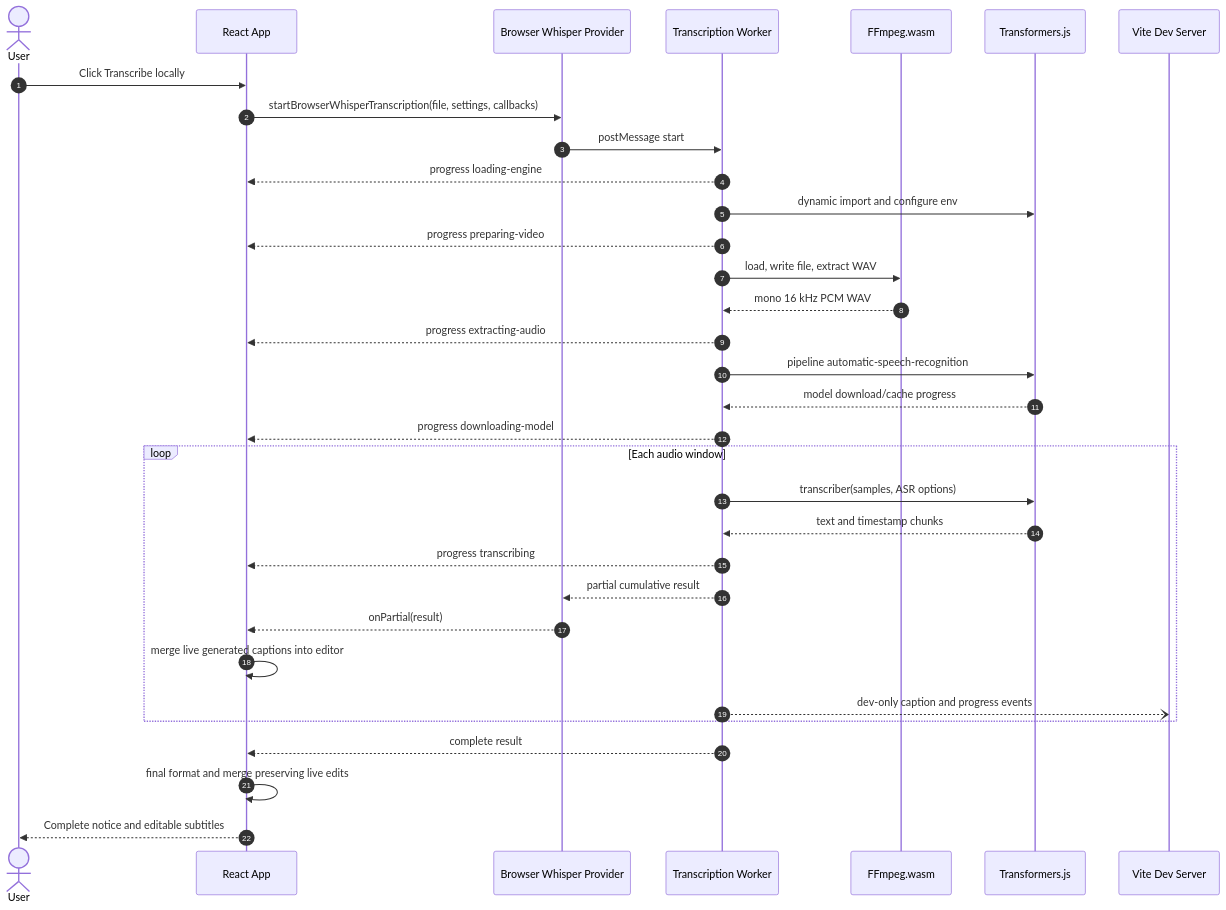
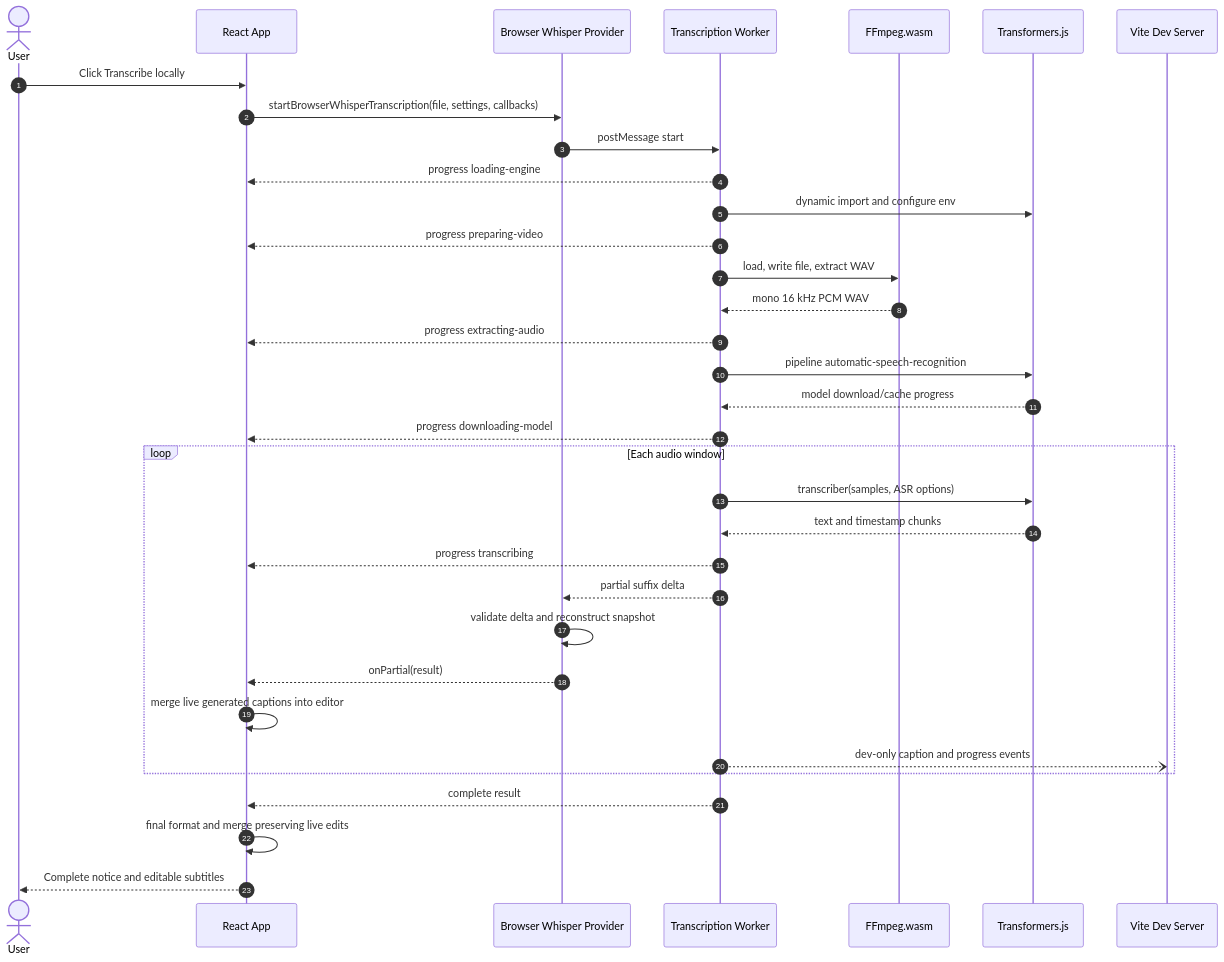
Before and after one commit to zxyandreay/auto-subtitle: the sixth of 18 diagrams in docs/project-state.md, drawn with Mermaid. The commit also changed other lines of this file and 43 other files, not shown here.

````diff
--- a/docs/project-state.md
+++ b/docs/project-state.md
@@ -337,36 +337,37 @@
 ```mermaid
 sequenceDiagram
     autonumber
     actor User
     participant App as React App
     participant Provider as Browser Whisper Provider
     participant Worker as Transcription Worker
     participant FFmpeg as FFmpeg.wasm
     participant HF as Transformers.js
     participant Vite as Vite Dev Server
 
     User->>App: Click Transcribe locally
     App->>Provider: startBrowserWhisperTranscription(file, settings, callbacks)
     Provider->>Worker: postMessage start
     Worker-->>App: progress loading-engine
     Worker->>HF: dynamic import and configure env
     Worker-->>App: progress preparing-video
     Worker->>FFmpeg: load, write file, extract WAV
     FFmpeg-->>Worker: mono 16 kHz PCM WAV
     Worker-->>App: progress extracting-audio
     Worker->>HF: pipeline automatic-speech-recognition
     HF-->>Worker: model download/cache progress
     Worker-->>App: progress downloading-model
     loop Each audio window
         Worker->>HF: transcriber(samples, ASR options)
         HF-->>Worker: text and timestamp chunks
         Worker-->>App: progress transcribing
-        Worker-->>Provider: partial cumulative result
+        Worker-->>Provider: partial suffix delta
+        Provider->>Provider: validate delta and reconstruct snapshot
         Provider-->>App: onPartial(result)
         App->>App: merge live generated captions into editor
         Worker--)Vite: dev-only caption and progress events
     end
     Worker-->>App: complete result
     App->>App: final format and merge preserving live edits
     App-->>User: Complete notice and editable subtitles
 ```
````
